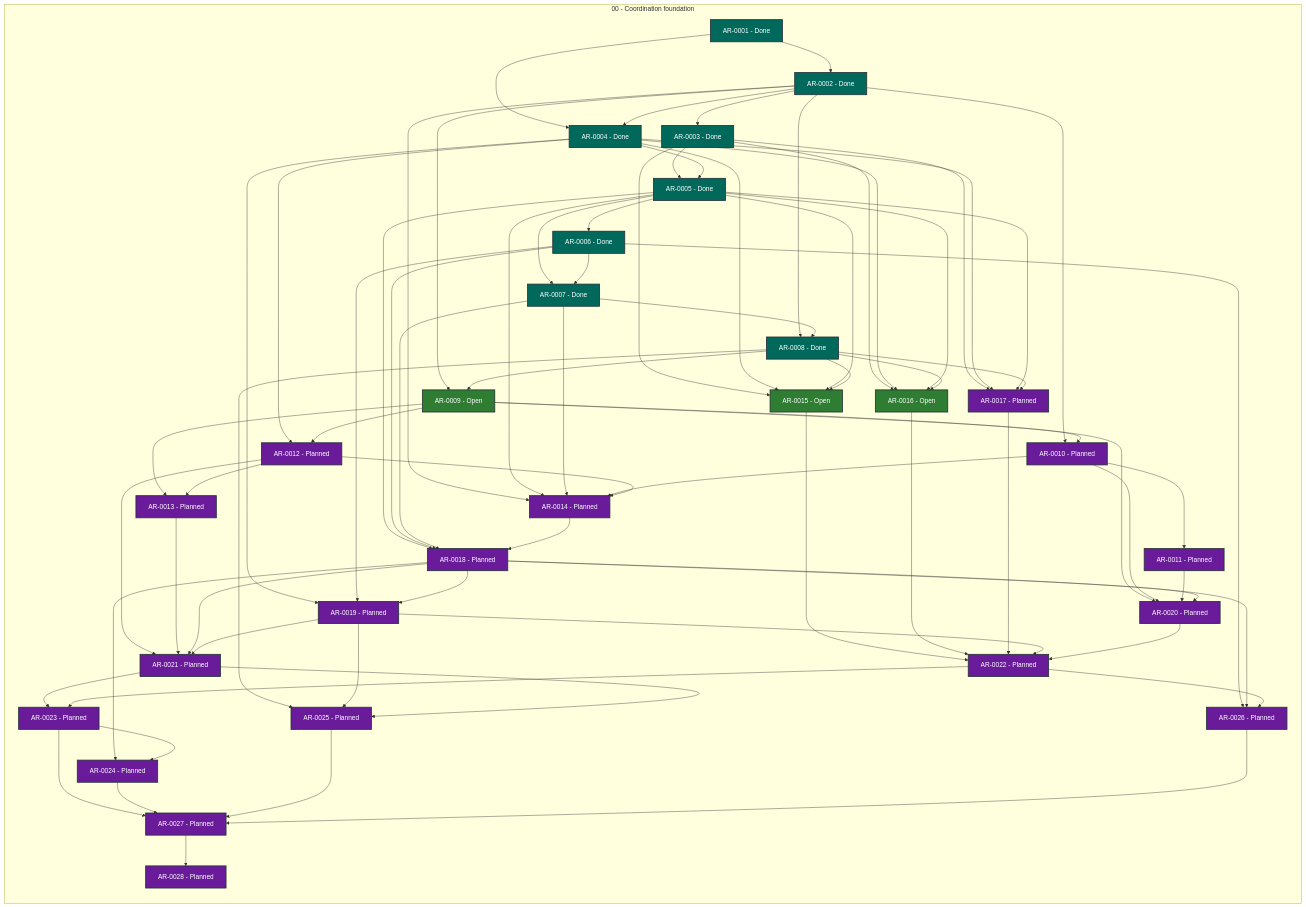
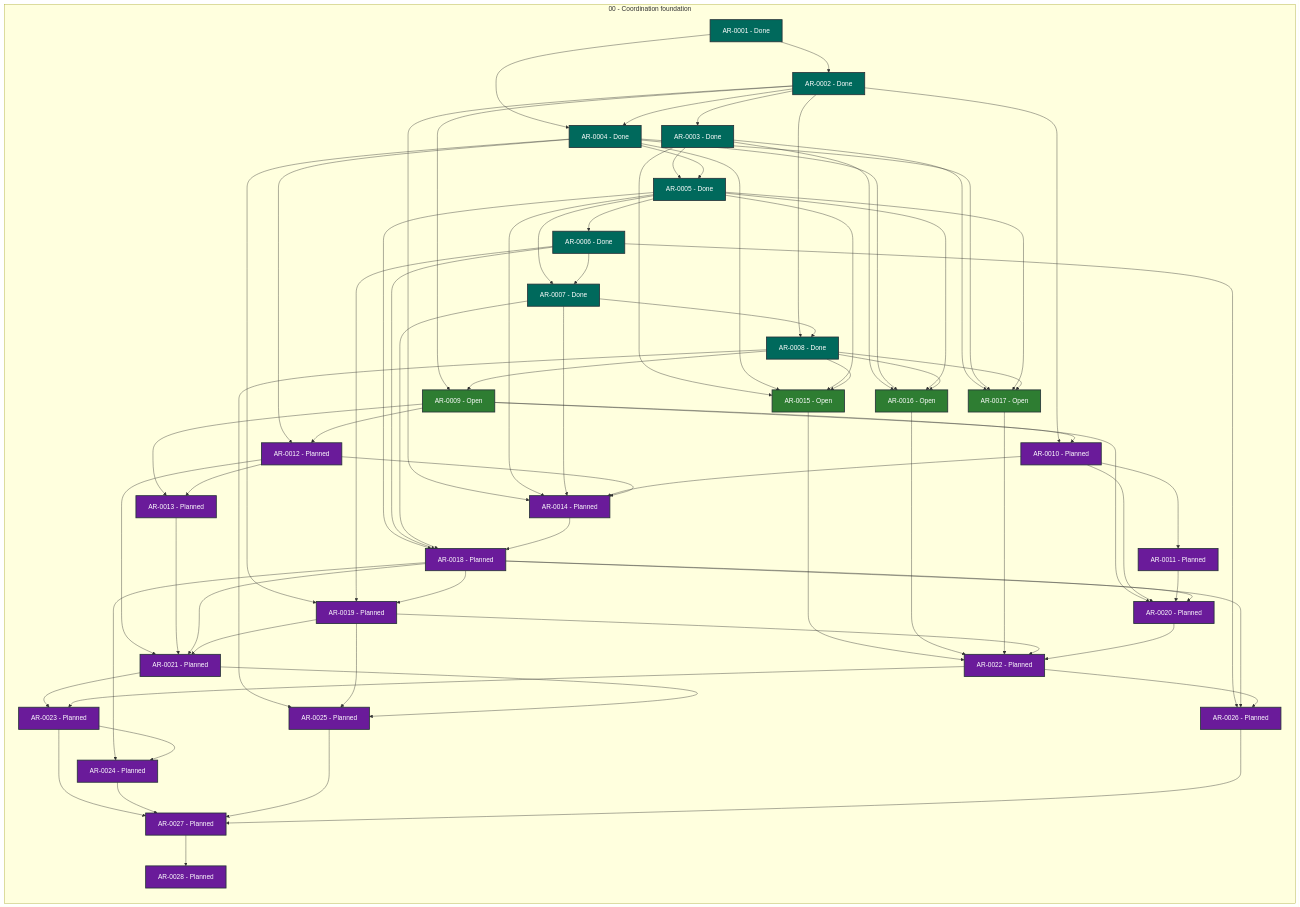
The diagram in STATUS.md (martin-beck/agent-workflow-runtime-state), drawn with Mermaid before and after one commit. The commit also changed other lines of this file and 2 other files, not shown here.

```diff
--- a/STATUS.md
+++ b/STATUS.md
@@ -44,7 +44,7 @@
         AR_0014["AR-0014 - Planned"]:::status_planned
         AR_0015["AR-0015 - Open"]:::status_open
         AR_0016["AR-0016 - Open"]:::status_open
-        AR_0017["AR-0017 - Planned"]:::status_planned
+        AR_0017["AR-0017 - Open"]:::status_open
         AR_0018["AR-0018 - Planned"]:::status_planned
         AR_0019["AR-0019 - Planned"]:::status_planned
         AR_0020["AR-0020 - Planned"]:::status_planned
```
